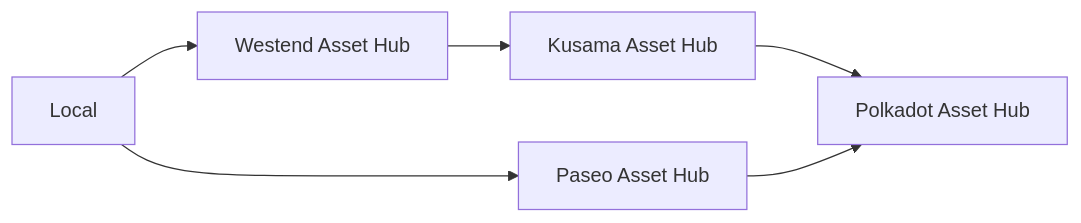
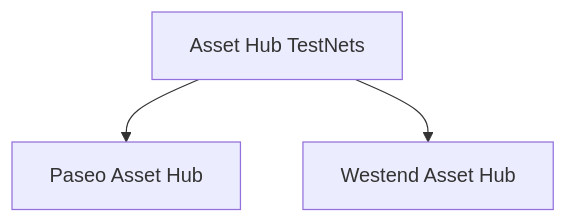
Before and after one commit to polkadot-developers/polkadot-docs: the second of 3 diagrams in polkadot-protocol/smart-contract-basics/networks.md, drawn with Mermaid. The commit also changed other lines of this file, not shown here.

````diff
--- a/polkadot-protocol/smart-contract-basics/networks.md
+++ b/polkadot-protocol/smart-contract-basics/networks.md
@@ -18,5 +51,5 @@
 ``` mermaid
-flowchart LR
-    id1[Local] --> id2[Westend Asset Hub] --> id4[Kusama Asset Hub] --> id5[Polkadot Asset Hub]
-    id1[Local] --> id3[Paseo Asset Hub] --> id5[Polkadot Asset Hub]
+flowchart TB
+    id1[Asset Hub TestNets] --> id2[Paseo Asset Hub]
+    id1[Asset Hub TestNets] --> id3[Westend Asset Hub]
 ```
````
